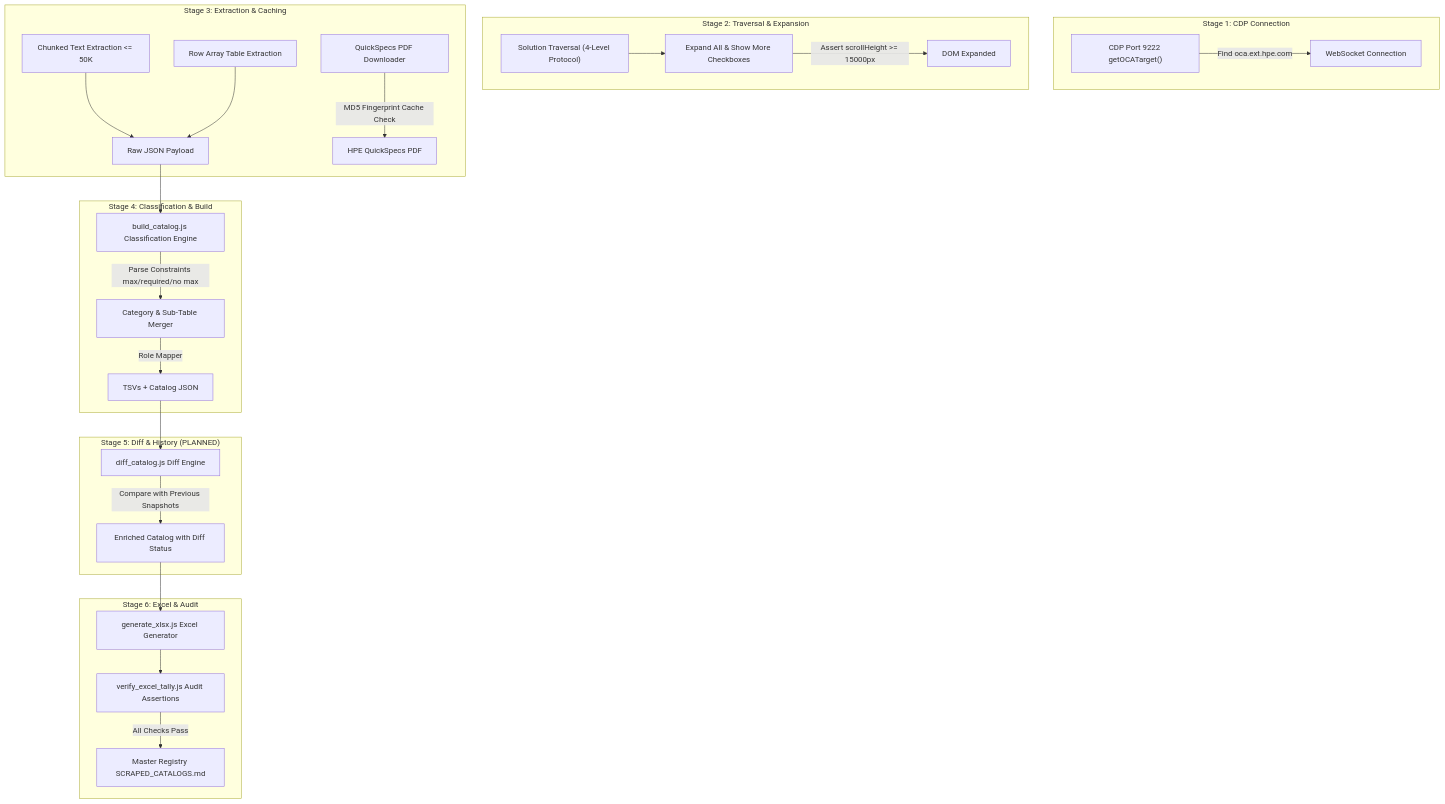
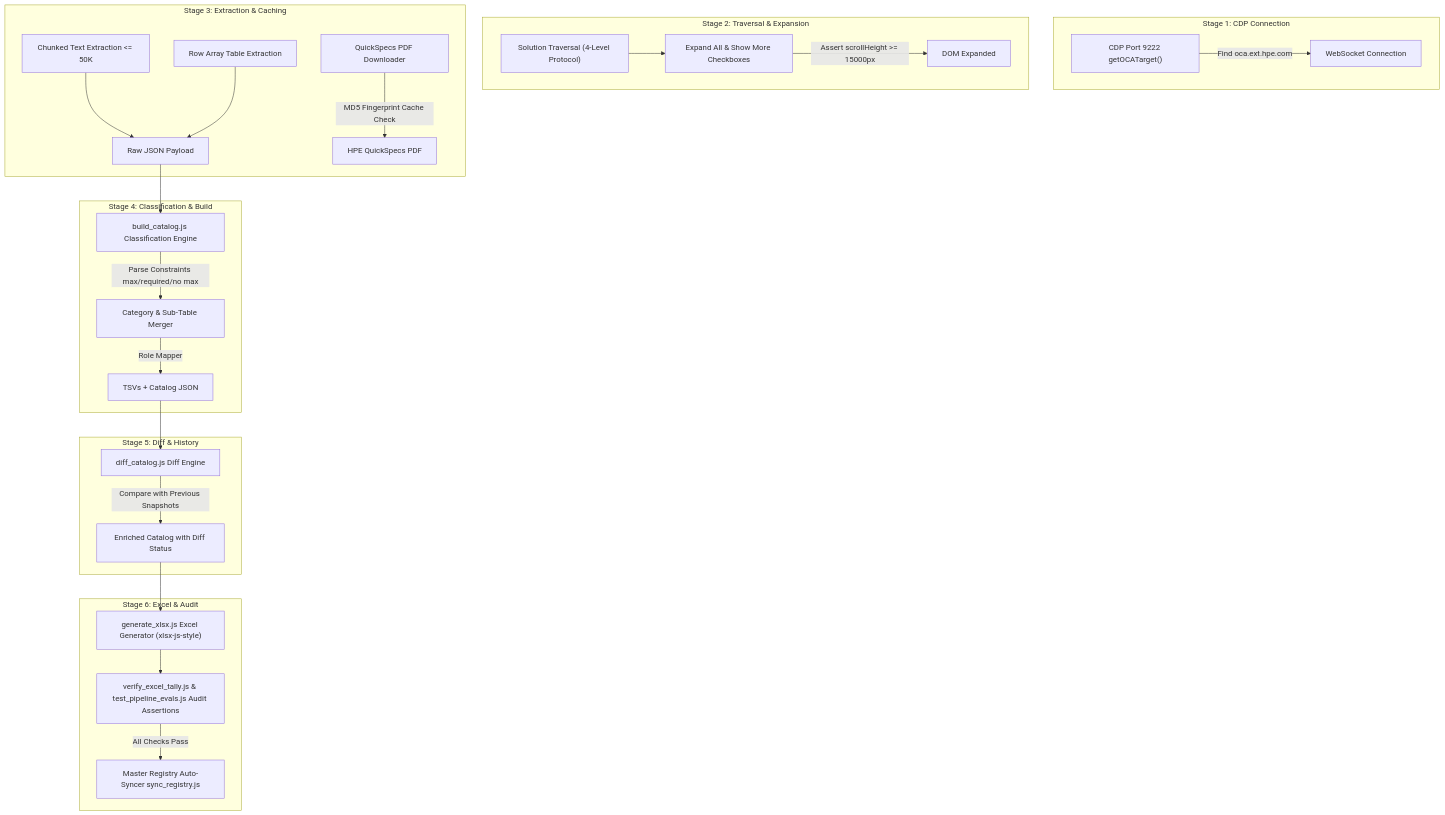
Before and after one commit to vinodhsubramanian123/vendorscrappingtoexcel: the second of 2 diagrams in README.md, drawn with Mermaid. The commit also changed other lines of this file and 2 other files, not shown here.

Commit message:
Update documentation, SKILL.md, AGENTS.md, and README.md with production active features and diagrams

````diff
--- a/README.md
+++ b/README.md
@@ -57,34 +59,34 @@
 ```mermaid
 graph TD
     subgraph "Stage 1: CDP Connection"
         A1["CDP Port 9222 getOCATarget()"] -->|"Find oca.ext.hpe.com"| A2["WebSocket Connection"]
     end
 
     subgraph "Stage 2: Traversal & Expansion"
         B1["Solution Traversal (4-Level Protocol)"] --> B2["Expand All & Show More Checkboxes"]
         B2 -->|"Assert scrollHeight >= 15000px"| B3["DOM Expanded"]
     end
 
     subgraph "Stage 3: Extraction & Caching"
         C1["Chunked Text Extraction <= 50K"] --> C3["Raw JSON Payload"]
         C2["Row Array Table Extraction"] --> C3
         C4["QuickSpecs PDF Downloader"] -->|"MD5 Fingerprint Cache Check"| C5["HPE QuickSpecs PDF"]
     end
 
     subgraph "Stage 4: Classification & Build"
         C3 --> D1["build_catalog.js Classification Engine"]
         D1 -->|"Parse Constraints max/required/no max"| D2["Category & Sub-Table Merger"]
         D2 -->|"Role Mapper"| D3["TSVs + Catalog JSON"]
     end
 
-    subgraph "Stage 5: Diff & History (PLANNED)"
+    subgraph "Stage 5: Diff & History"
         D3 --> DH1["diff_catalog.js Diff Engine"]
         DH1 -->|"Compare with Previous Snapshots"| DH2["Enriched Catalog with Diff Status"]
     end
 
     subgraph "Stage 6: Excel & Audit"
-        DH2 --> E1["generate_xlsx.js Excel Generator"]
-        E1 --> E2["verify_excel_tally.js Audit Assertions"]
-        E2 -->|"All Checks Pass"| E3["Master Registry SCRAPED_CATALOGS.md"]
+        DH2 --> E1["generate_xlsx.js Excel Generator (xlsx-js-style)"]
+        E1 --> E2["verify_excel_tally.js & test_pipeline_evals.js Audit Assertions"]
+        E2 -->|"All Checks Pass"| E3["Master Registry Auto-Syncer sync_registry.js"]
     end
 ```
````
